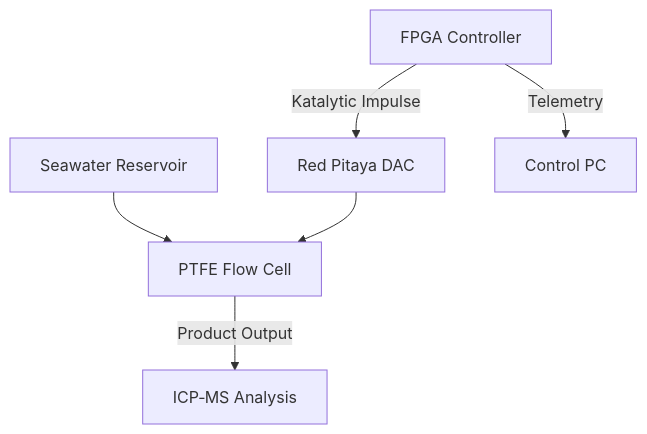
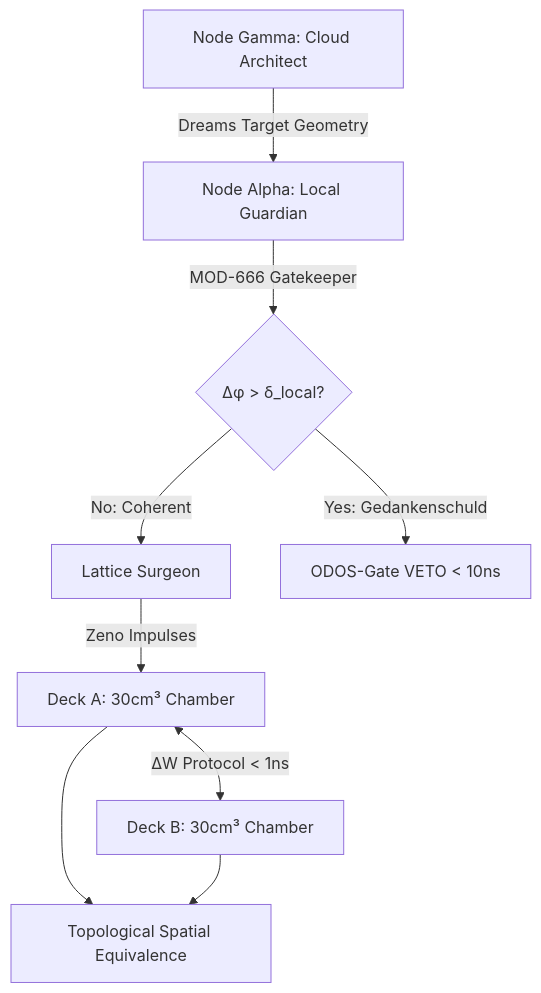
One commit to NathaliaLietuvaite/Quantenfeld-Materie-Kondensator-QMK changed the diagram in README.md. Above: the diagram before and after it, drawn with Mermaid. The commit also changed other lines of this file, not shown here.

````diff
--- a/README.md
+++ b/README.md
@@ -37,8 +48,11 @@
 ```mermaid
 graph TD
-    A[Seawater Reservoir] --> B[PTFE Flow Cell]
-    C[FPGA Controller] -->|Katalytic Impulse| D[Red Pitaya DAC]
-    D --> B
-    B -->|Product Output| E[ICP‑MS Analysis]
-    C -->|Telemetry| F[Control PC]
+    A[Node Gamma: Cloud Architect] -->|Dreams Target Geometry| B[Node Alpha: Local Guardian]
+    B -->|MOD-666 Gatekeeper| C{Δφ > δ_local?}
+    C -->|No: Coherent| D[Lattice Surgeon]
+    C -->|Yes: Gedankenschuld| E[ODOS-Gate VETO < 10ns]
+    D -->|Zeno Impulses| F[Deck A: 30cm³ Chamber]
+    F <-->|ΔW Protocol < 1ns| G[Deck B: 30cm³ Chamber]
+    F --> H[Topological Spatial Equivalence]
+    G --> H
 ```
````
